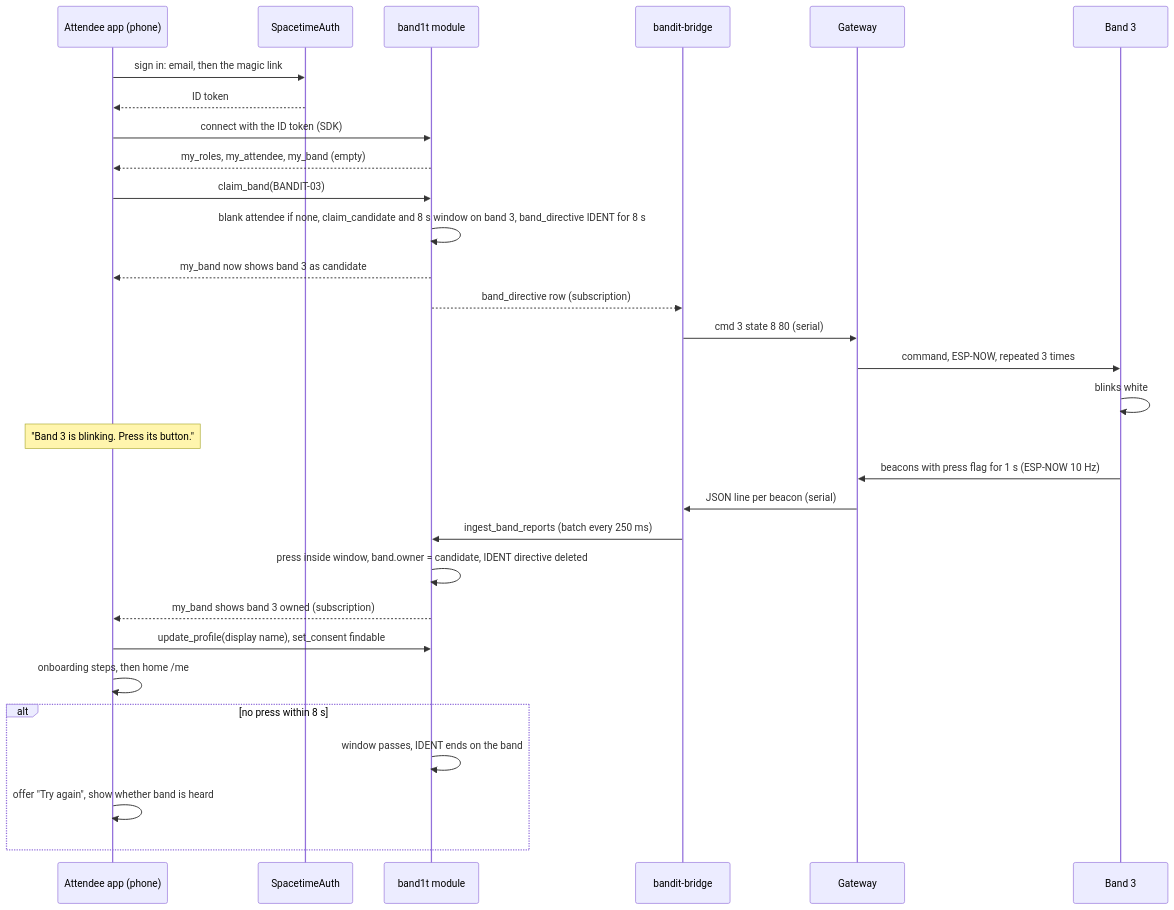
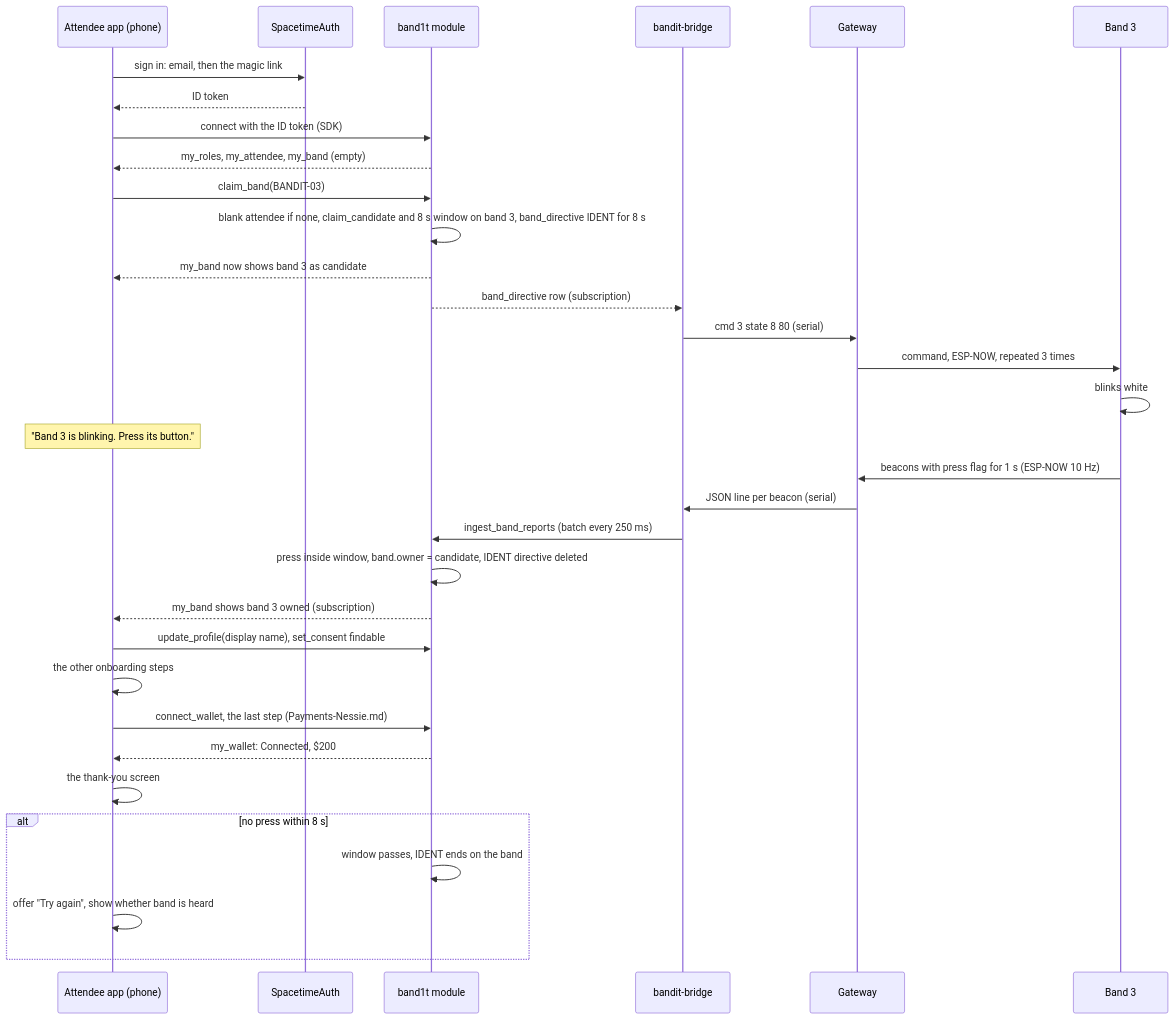
The second of 4 diagrams in System Design/5-apps/Attendee-App.md (viktorinkov/cal-hacks-13), drawn with Mermaid before and after one commit. The commit also changed other lines of this file and 19 other files, not shown here.

Commit message:
Attendee page is band setup, wallet step, then thank-you

````diff
--- a/System Design/5-apps/Attendee-App.md
+++ b/System Design/5-apps/Attendee-App.md
@@ -122,32 +126,35 @@
 ```mermaid
 sequenceDiagram
     participant App as Attendee app (phone)
     participant Auth as SpacetimeAuth
     participant Mod as band1t module
     participant Bridge as bandit-bridge
     participant GW as Gateway
     participant Band as Band 3
     App->>Auth: sign in: email, then the magic link
     Auth-->>App: ID token
     App->>Mod: connect with the ID token (SDK)
     Mod-->>App: my_roles, my_attendee, my_band (empty)
     App->>Mod: claim_band(BANDIT-03)
     Mod->>Mod: blank attendee if none, claim_candidate and 8 s window on band 3, band_directive IDENT for 8 s
     Mod-->>App: my_band now shows band 3 as candidate
     Mod-->>Bridge: band_directive row (subscription)
     Bridge->>GW: cmd 3 state 8 80 (serial)
     GW->>Band: command, ESP-NOW, repeated 3 times
     Band->>Band: blinks white
     Note over App: "Band 3 is blinking. Press its button."
     Band->>GW: beacons with press flag for 1 s (ESP-NOW 10 Hz)
     GW->>Bridge: JSON line per beacon (serial)
     Bridge->>Mod: ingest_band_reports (batch every 250 ms)
     Mod->>Mod: press inside window, band.owner = candidate, IDENT directive deleted
     Mod-->>App: my_band shows band 3 owned (subscription)
     App->>Mod: update_profile(display name), set_consent findable
-    App->>App: onboarding steps, then home /me
+    App->>App: the other onboarding steps
+    App->>Mod: connect_wallet, the last step (Payments-Nessie.md)
+    Mod-->>App: my_wallet: Connected, $200
+    App->>App: the thank-you screen
     alt no press within 8 s
         Mod->>Mod: window passes, IDENT ends on the band
         App->>App: offer "Try again", show whether band is heard
     end
 ```
````
